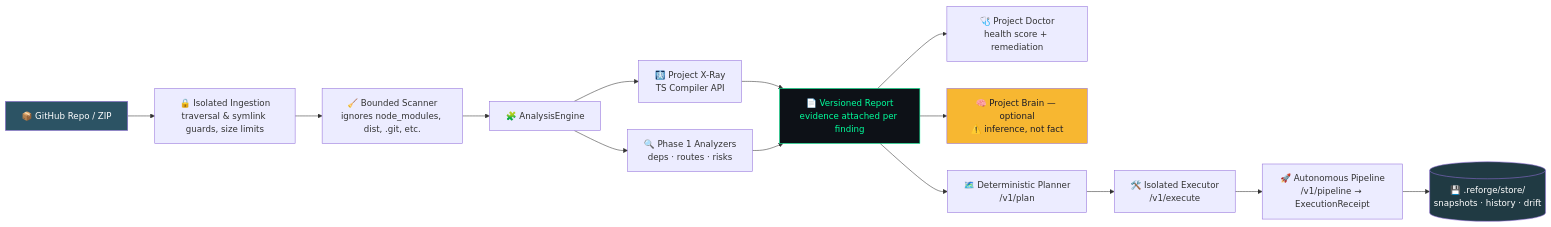
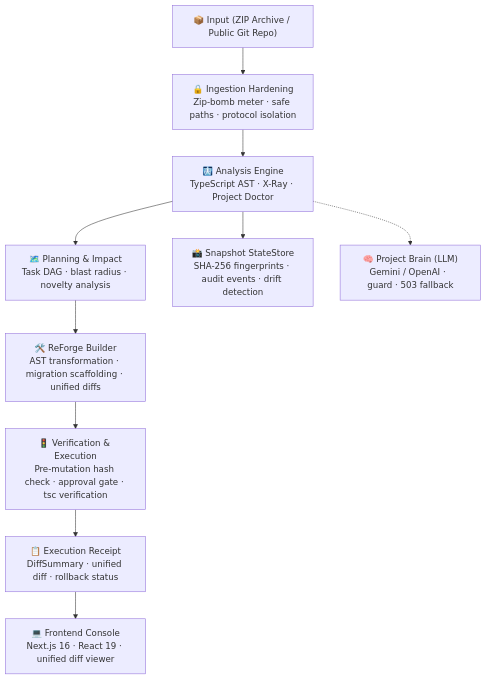
The diagram in README.md (Crusty-chirayu/ReForge), drawn with Mermaid before and after one commit. The commit also changed other lines of this file and 38 other files, not shown here.

````diff
--- a/README.md
+++ b/README.md
@@ -120,21 +73,12 @@
 ```mermaid
-flowchart LR
-    A["📦 GitHub Repo / ZIP"] --> B["🔒 Isolated Ingestion<br/>traversal & symlink guards, size limits"]
-    B --> C["🧹 Bounded Scanner<br/>ignores node_modules, dist, .git, etc."]
-    C --> D["🧩 AnalysisEngine"]
-    D --> E["🩻 Project X-Ray<br/>TS Compiler API"]
-    D --> F["🔍 Phase 1 Analyzers<br/>deps · routes · risks"]
-    E --> G["📄 Versioned Report<br/>evidence attached per finding"]
-    F --> G
-    G --> H["🩺 Project Doctor<br/>health score + remediation"]
-    G --> I["🧠 Project Brain — optional<br/>⚠️ inference, not fact"]
-    G --> J["🗺️ Deterministic Planner<br/>/v1/plan"]
-    J --> K["🛠️ Isolated Executor<br/>/v1/execute"]
-    K --> L["🚀 Autonomous Pipeline<br/>/v1/pipeline → ExecutionReceipt"]
-    L --> M[("💾 .reforge/store/<br/>snapshots · history · drift")]
-
-    style A fill:#2c5364,color:#fff
-    style G fill:#0d1117,color:#00ff9c,stroke:#00ff9c
-    style I fill:#f7b731,color:#1a1b27
-    style M fill:#203a43,color:#fff
+flowchart TD
+    A["📦 Input (ZIP Archive / Public Git Repo)"] --> B["🔒 Ingestion Hardening<br/>Zip-bomb meter · safe paths · protocol isolation"]
+    B --> C["🩻 Analysis Engine<br/>TypeScript AST · X-Ray · Project Doctor"]
+    C --> D["🗺️ Planning & Impact<br/>Task DAG · blast radius · novelty analysis"]
+    C --> E["📸 Snapshot StateStore<br/>SHA-256 fingerprints · audit events · drift detection"]
+    D --> F["🛠️ ReForge Builder<br/>AST transformation · migration scaffolding · unified diffs"]
+    F --> G["🚦 Verification & Execution<br/>Pre-mutation hash check · approval gate · tsc verification"]
+    G --> H["📋 Execution Receipt<br/>DiffSummary · unified diff · rollback status"]
+    C -.-> I["🧠 Project Brain (LLM)<br/>Gemini / OpenAI · <project_context> guard · 503 fallback"]
+    H --> J["💻 Frontend Console<br/>Next.js 16 · React 19 · unified diff viewer"]
 ```
````
